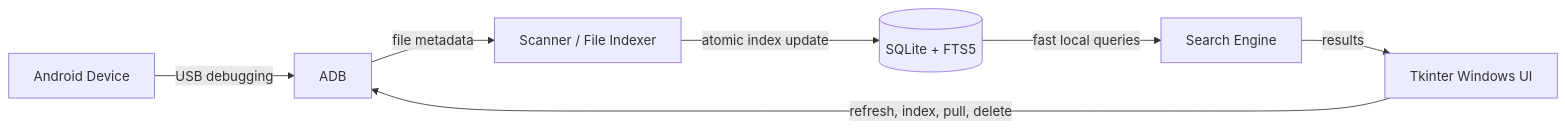
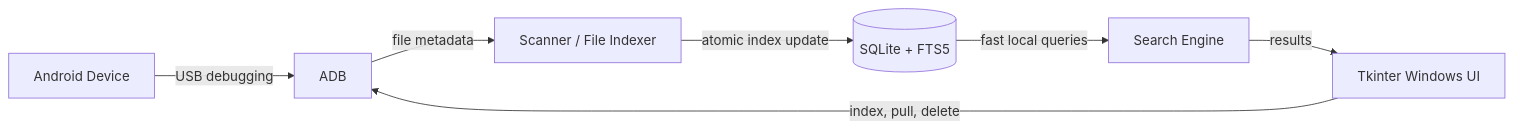
One commit to luli395/android_everything changed the diagram in README.md. Above: the diagram before and after it, drawn with Mermaid. The commit also changed other lines of this file and 2 other files, not shown here.

Commit message:
docs: add demo GIF and refresh README

````diff
--- a/README.md
+++ b/README.md
@@ -26,9 +71,9 @@
 ```mermaid
 flowchart LR
     Device[Android Device] -->|USB debugging| ADB[ADB]
     ADB -->|file metadata| Scanner[Scanner / File Indexer]
     Scanner -->|atomic index update| Database[(SQLite + FTS5)]
     Database -->|fast local queries| Search[Search Engine]
     Search -->|results| UI[Tkinter Windows UI]
-    UI -->|refresh, index, pull, delete| ADB
+    UI -->|index, pull, delete| ADB
 ```
````
